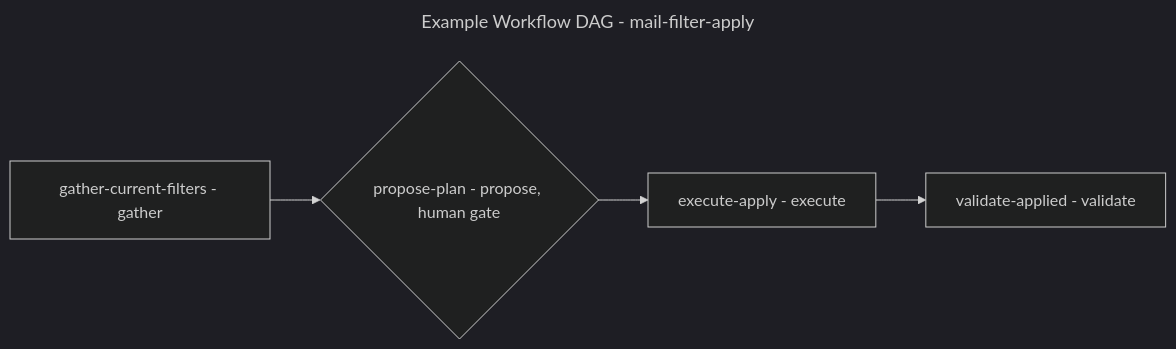
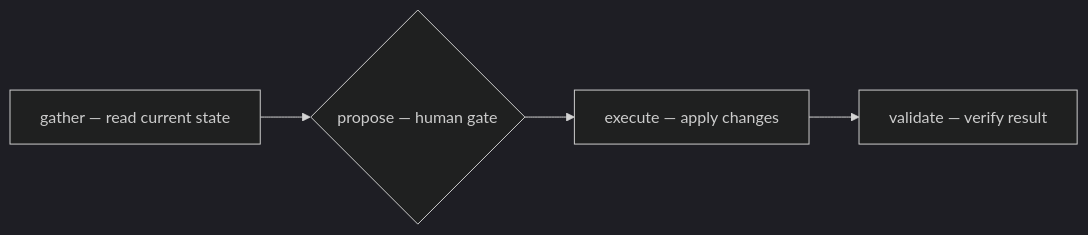
The fourth of 4 diagrams in README.md (dancing-bear-show/dancing-bear), drawn with Mermaid (dark theme) before and after one commit. The commit also changed other lines of this file and 45 other files, not shown here.

````diff
--- a/README.md
+++ b/README.md
@@ -131,13 +148,8 @@
 ```mermaid
----
-title: Example Workflow DAG - mail-filter-apply
----
 flowchart LR
-    gather[gather-current-filters - gather]
-    propose{propose-plan - propose, human gate}
-    execute[execute-apply - execute]
-    validate[validate-applied - validate]
-    gather --> propose
-    propose --> execute
-    execute --> validate
+    gather[gather — read current state]
+    propose{propose — human gate}
+    execute[execute — apply changes]
+    validate[validate — verify result]
+    gather --> propose --> execute --> validate
 ```
````
